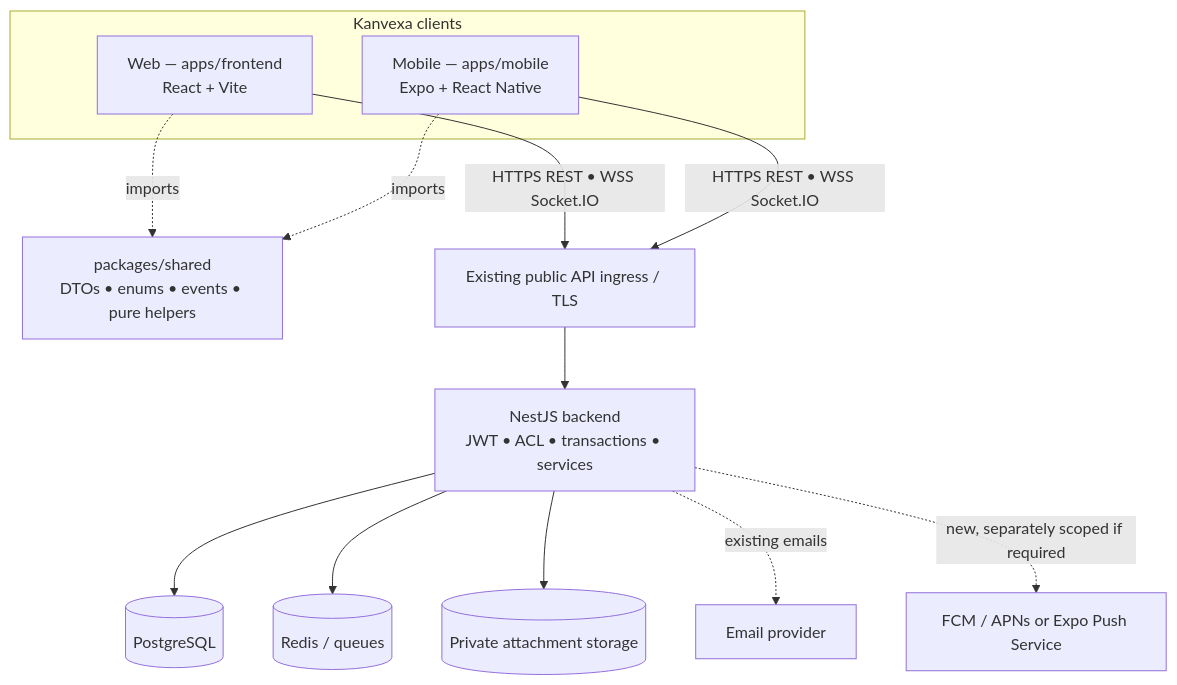
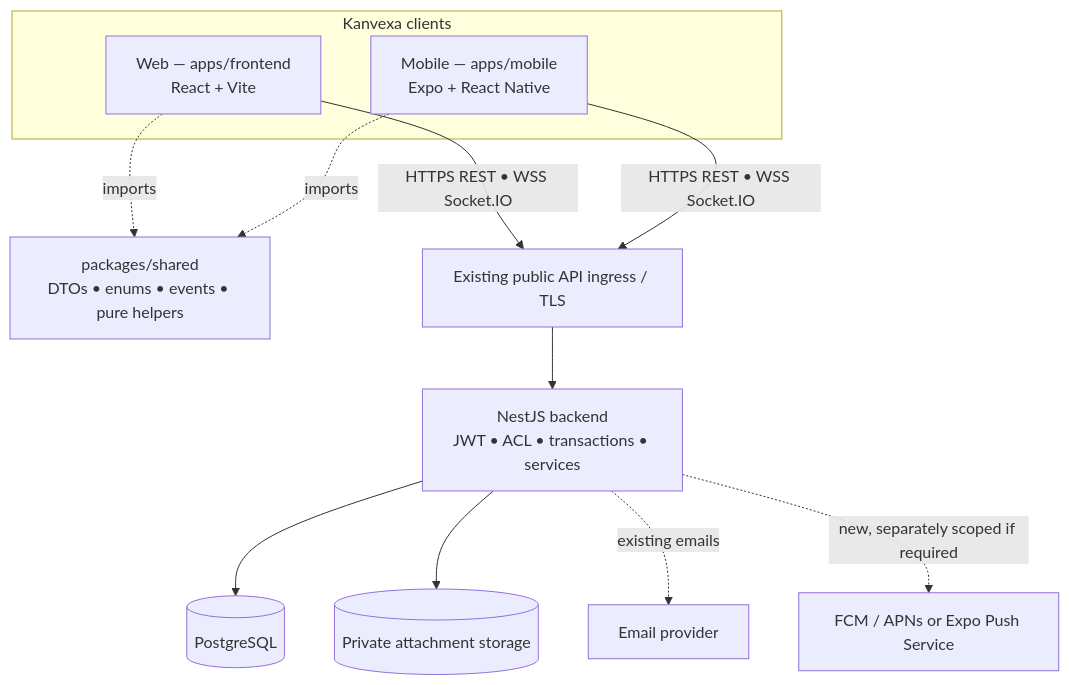
One commit to duongkienvn/SE2026-T13 changed the first of 2 diagrams in docs/mobile/KANVEXA_MOBILE_ARCHITECTURE.md. Above: the diagram before and after it, drawn with Mermaid. The commit also changed other lines of this file, not shown here.

Commit message:
fix(docs): correct mobile architecture contracts and Markdown

````diff
--- a/docs/mobile/KANVEXA_MOBILE_ARCHITECTURE.md
+++ b/docs/mobile/KANVEXA_MOBILE_ARCHITECTURE.md
@@ -78,18 +78,17 @@
 ```mermaid
 flowchart TB
   subgraph Clients[Kanvexa clients]
     W[Web — apps/frontend\nReact + Vite]
     M[Mobile — apps/mobile\nExpo + React Native]
   end
   S[packages/shared\nDTOs • enums • events • pure helpers]
   W -->|HTTPS REST • WSS Socket.IO| G[Existing public API ingress / TLS]
   M -->|HTTPS REST • WSS Socket.IO| G
   W -.imports.-> S
   M -.imports.-> S
   G --> B[NestJS backend\nJWT • ACL • transactions • services]
   B --> P[(PostgreSQL)]
-  B --> R[(Redis / queues)]
   B --> O[(Private attachment storage)]
   B -.existing emails.-> E[Email provider]
   B -.new, separately scoped if required.-> N[FCM / APNs or Expo Push Service]
 ```
````
